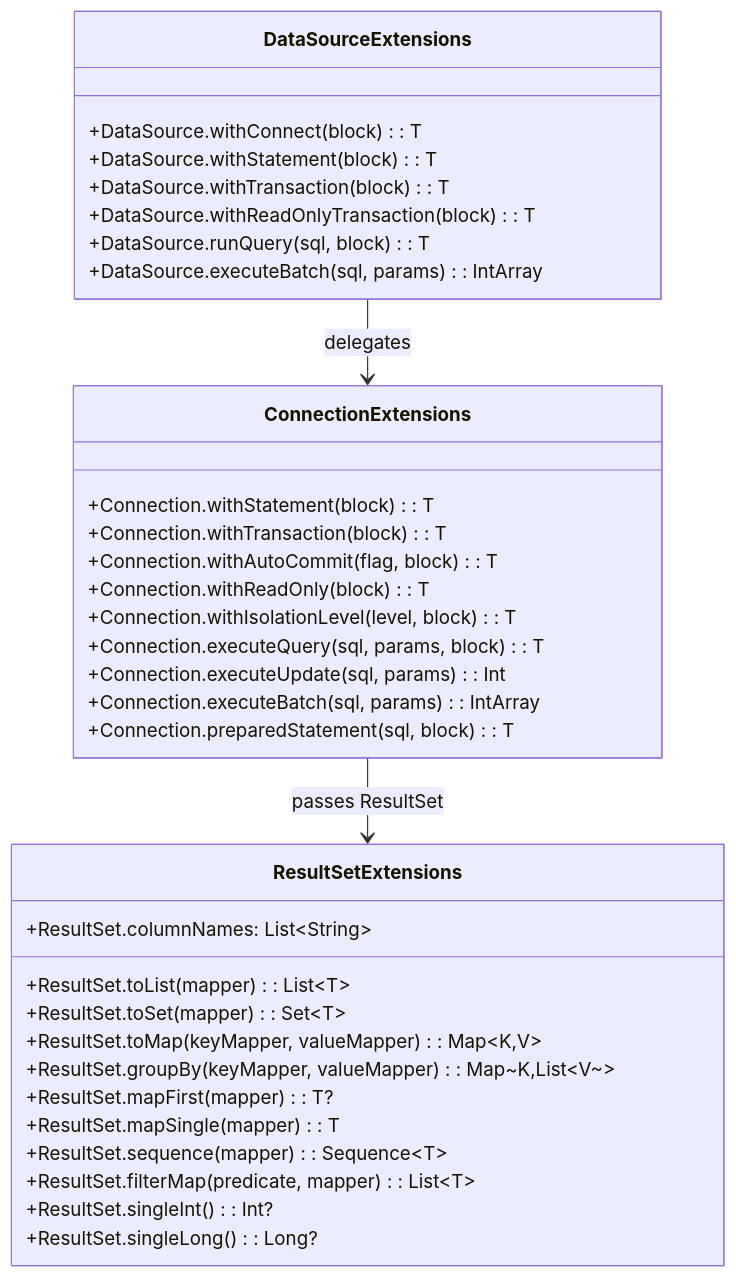
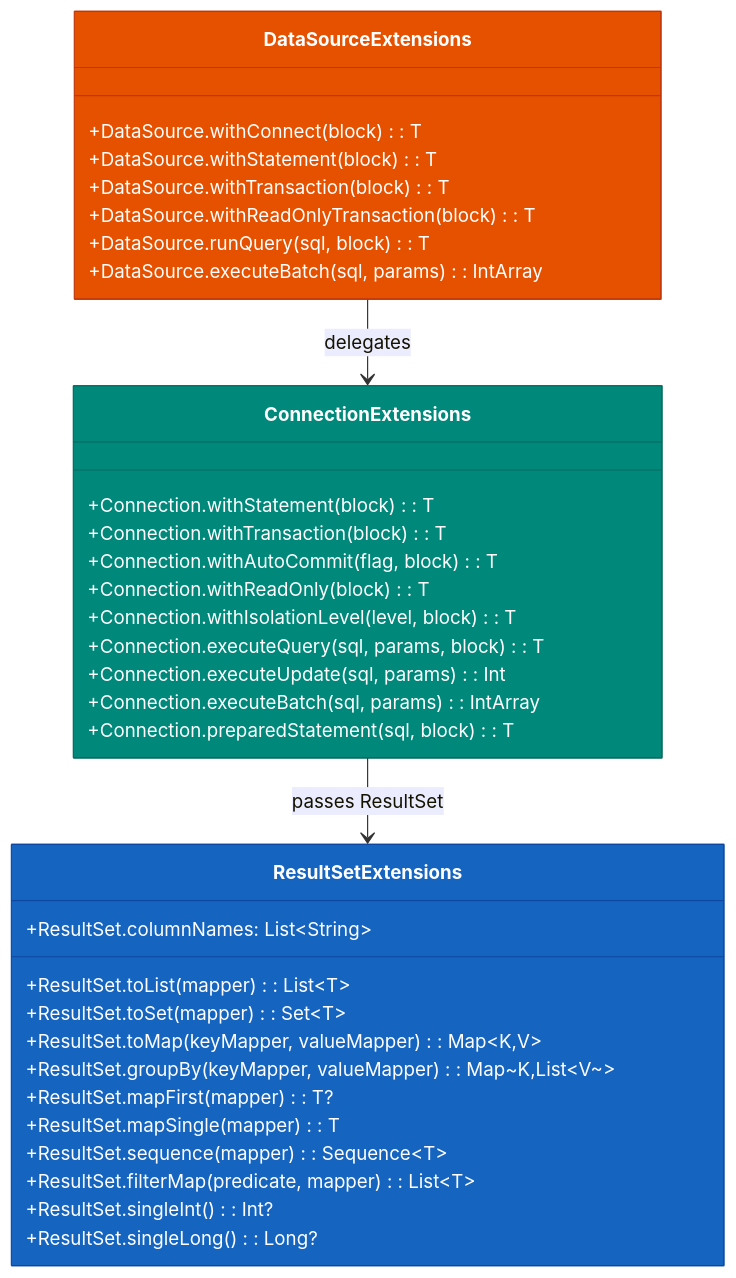
The second of 3 diagrams in data/jdbc/README.md (bluetape4k/bluetape4k-projects), drawn with Mermaid before and after one commit. The commit also changed other lines of this file and 221 other files, not shown here.

First line of the commit message:
docs: 전체 모듈 README UML 다이어그램 보강 및 색상 업그레이드

````diff
--- a/data/jdbc/README.md
+++ b/data/jdbc/README.md
@@ -498,38 +500,42 @@
 ```mermaid
 classDiagram
     class DataSourceExtensions {
         +DataSource.withConnect(block): T
         +DataSource.withStatement(block): T
         +DataSource.withTransaction(block): T
         +DataSource.withReadOnlyTransaction(block): T
         +DataSource.runQuery(sql, block): T
         +DataSource.executeBatch(sql, params): IntArray
     }
     class ConnectionExtensions {
         +Connection.withStatement(block): T
         +Connection.withTransaction(block): T
         +Connection.withAutoCommit(flag, block): T
         +Connection.withReadOnly(block): T
         +Connection.withIsolationLevel(level, block): T
         +Connection.executeQuery(sql, params, block): T
         +Connection.executeUpdate(sql, params): Int
         +Connection.executeBatch(sql, params): IntArray
         +Connection.preparedStatement(sql, block): T
     }
     class ResultSetExtensions {
         +ResultSet.toList(mapper): List~T~
         +ResultSet.toSet(mapper): Set~T~
         +ResultSet.toMap(keyMapper, valueMapper): Map~K,V~
         +ResultSet.groupBy(keyMapper, valueMapper): Map~K,List~V~~
         +ResultSet.mapFirst(mapper): T?
         +ResultSet.mapSingle(mapper): T
         +ResultSet.sequence(mapper): Sequence~T~
         +ResultSet.filterMap(predicate, mapper): List~T~
         +ResultSet.singleInt(): Int?
         +ResultSet.singleLong(): Long?
         +ResultSet.columnNames: List~String~
     }
 
     DataSourceExtensions --> ConnectionExtensions : delegates
     ConnectionExtensions --> ResultSetExtensions : passes ResultSet
+
+    style DataSourceExtensions fill:#E65100,stroke:#BF360C,color:#FFFFFF
+    style ConnectionExtensions fill:#00897B,stroke:#00695C,color:#FFFFFF
+    style ResultSetExtensions fill:#1565C0,stroke:#0D47A1,color:#FFFFFF
 ```
````
